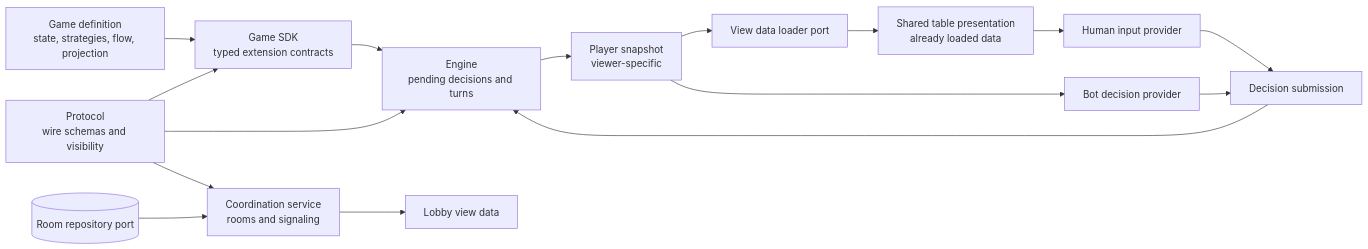
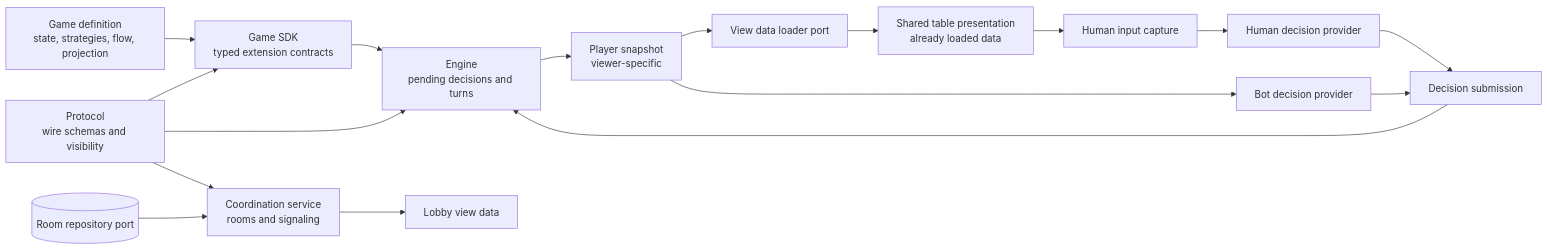
Before and after one commit to reyesjorgeruben-beep/custom-board-games: the first of 3 diagrams in docs/CONTRACTS.md, drawn with Mermaid. The commit also changed other lines of this file and 11 other files, not shown here.

Commit message:
chore: review contract baseline and roadmap

````diff
--- a/docs/CONTRACTS.md
+++ b/docs/CONTRACTS.md
@@ -7,18 +7,19 @@
 ```mermaid
 flowchart LR
     Game[Game definition<br/>state, strategies, flow, projection] --> SDK[Game SDK<br/>typed extension contracts]
     SDK --> Engine[Engine<br/>pending decisions and turns]
     Protocol[Protocol<br/>wire schemas and visibility] --> SDK
     Protocol --> Engine
     Protocol --> Coordination[Coordination service<br/>rooms and signaling]
     Repository[(Room repository port)] --> Coordination
     Coordination --> LobbyView[Lobby view data]
     Engine --> Snapshot[Player snapshot<br/>viewer-specific]
     Snapshot --> Loader[View data loader port]
     Loader --> UI[Shared table presentation<br/>already loaded data]
-    UI --> Human[Human input provider]
+    UI --> Capture[Human input capture]
+    Capture --> Human[Human decision provider]
     Snapshot --> Bot[Bot decision provider]
     Human --> Submission[Decision submission]
     Bot --> Submission
     Submission --> Engine
 ```
````
